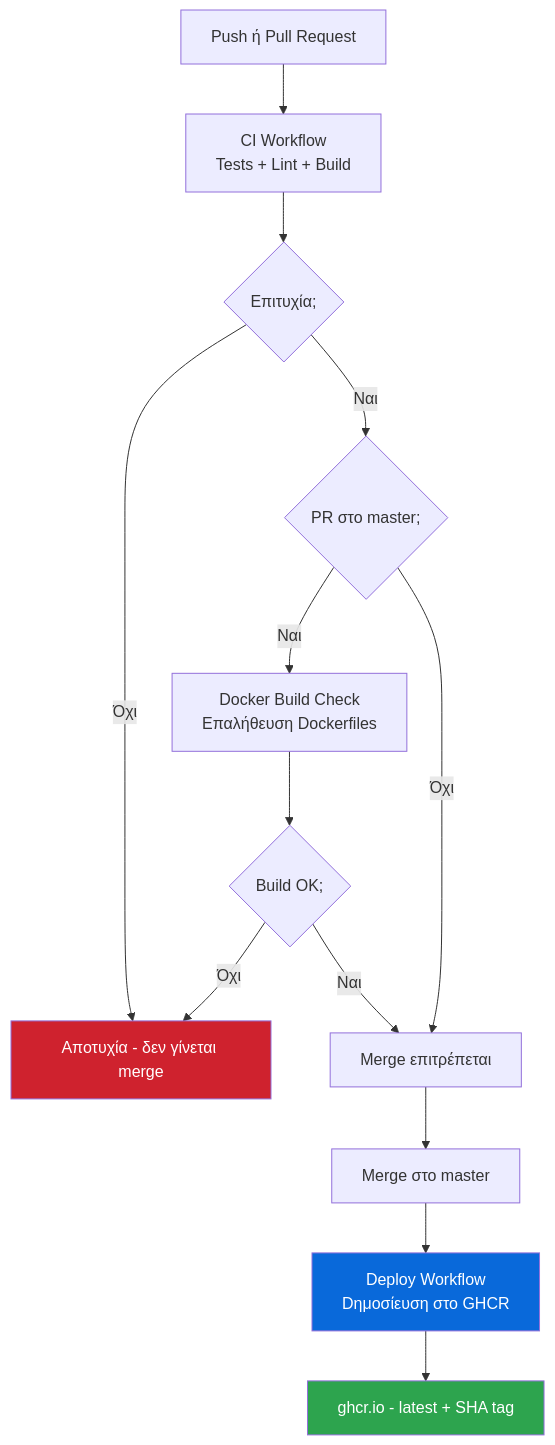
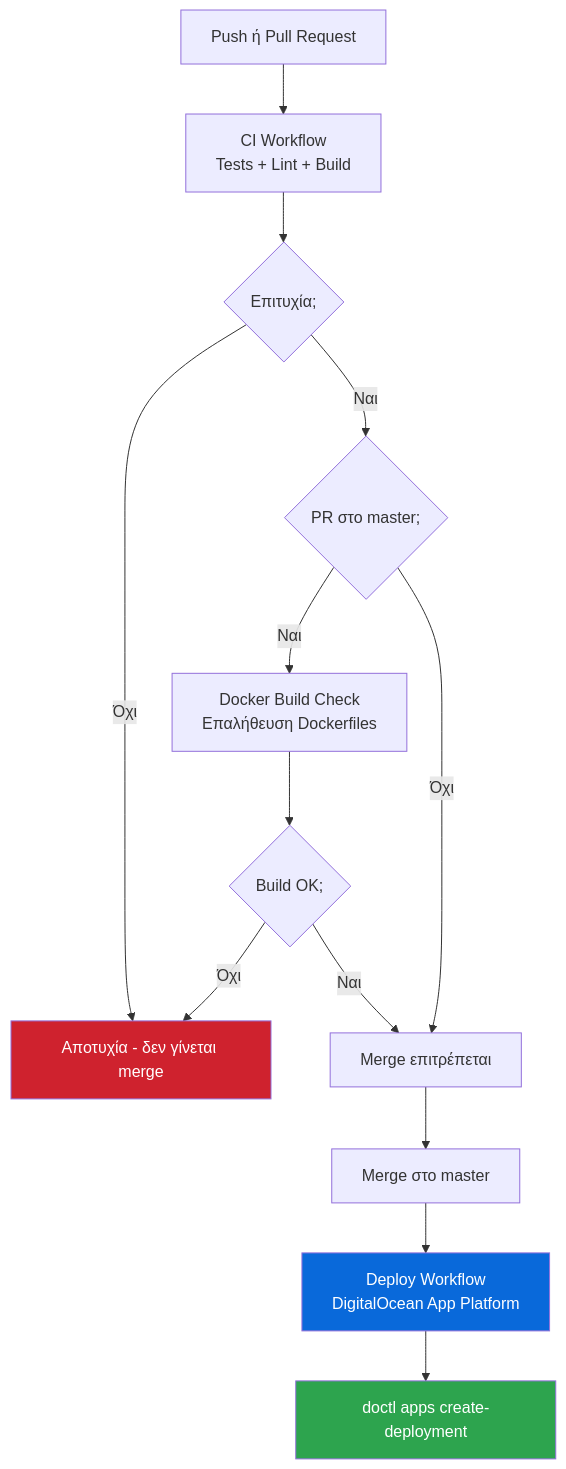
Before and after one commit to jimpar1/Absolute-Cinemas: the diagram in docs/cicd.md, drawn with Mermaid. The commit also changed other lines of this file and 4 other files, not shown here.

````diff
--- a/docs/cicd.md
+++ b/docs/cicd.md
@@ -7,19 +7,19 @@
 ```mermaid
 flowchart TD
     A[Push ή Pull Request] --> B[CI Workflow\nTests + Lint + Build]
     B --> C{Επιτυχία;}
     C -- Όχι --> D[Αποτυχία - δεν γίνεται merge]
     C -- Ναι --> E{PR στο master;}
     E -- Ναι --> F[Docker Build Check\nΕπαλήθευση Dockerfiles]
     E -- Όχι --> G[Merge επιτρέπεται]
     F --> H{Build OK;}
     H -- Όχι --> D
     H -- Ναι --> G
     G --> I[Merge στο master]
-    I --> J[Deploy Workflow\nDημοσίευση στο GHCR]
-    J --> K[ghcr.io - latest + SHA tag]
+    I --> J[Deploy Workflow\nDigitalOcean App Platform]
+    J --> K[doctl apps create-deployment]
 
     style D fill:#cf222e,color:#fff
     style K fill:#2da44e,color:#fff
     style J fill:#0969da,color:#fff
 ```
````
